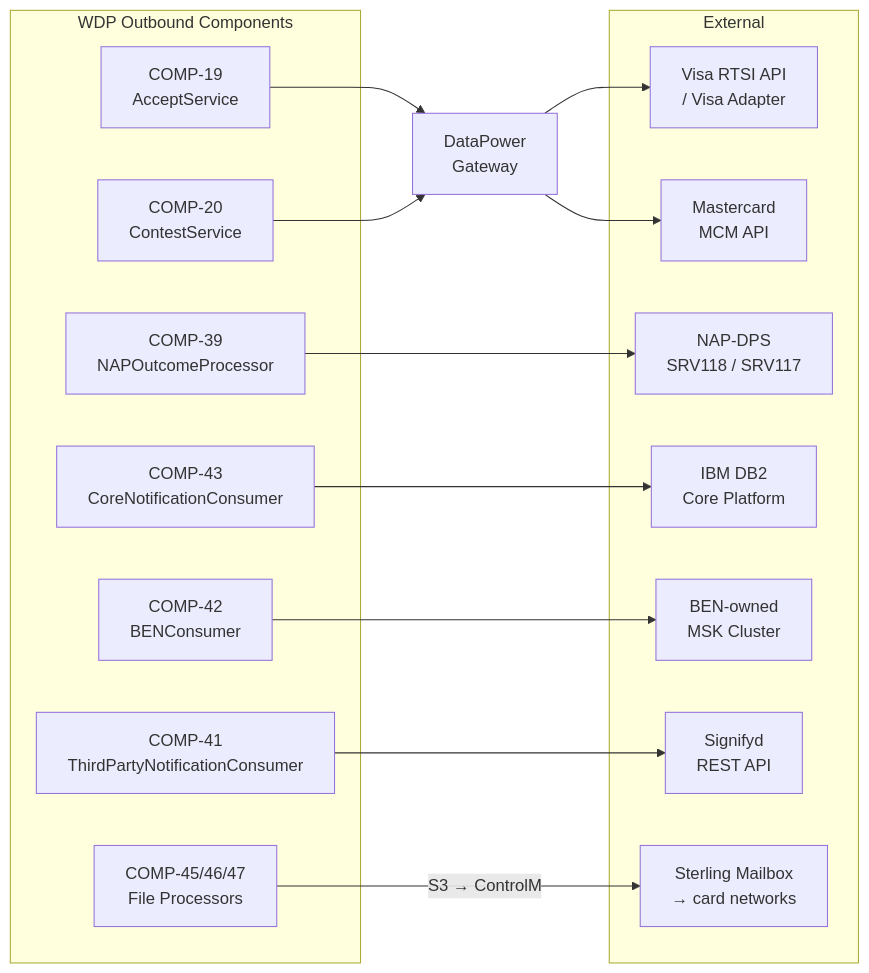
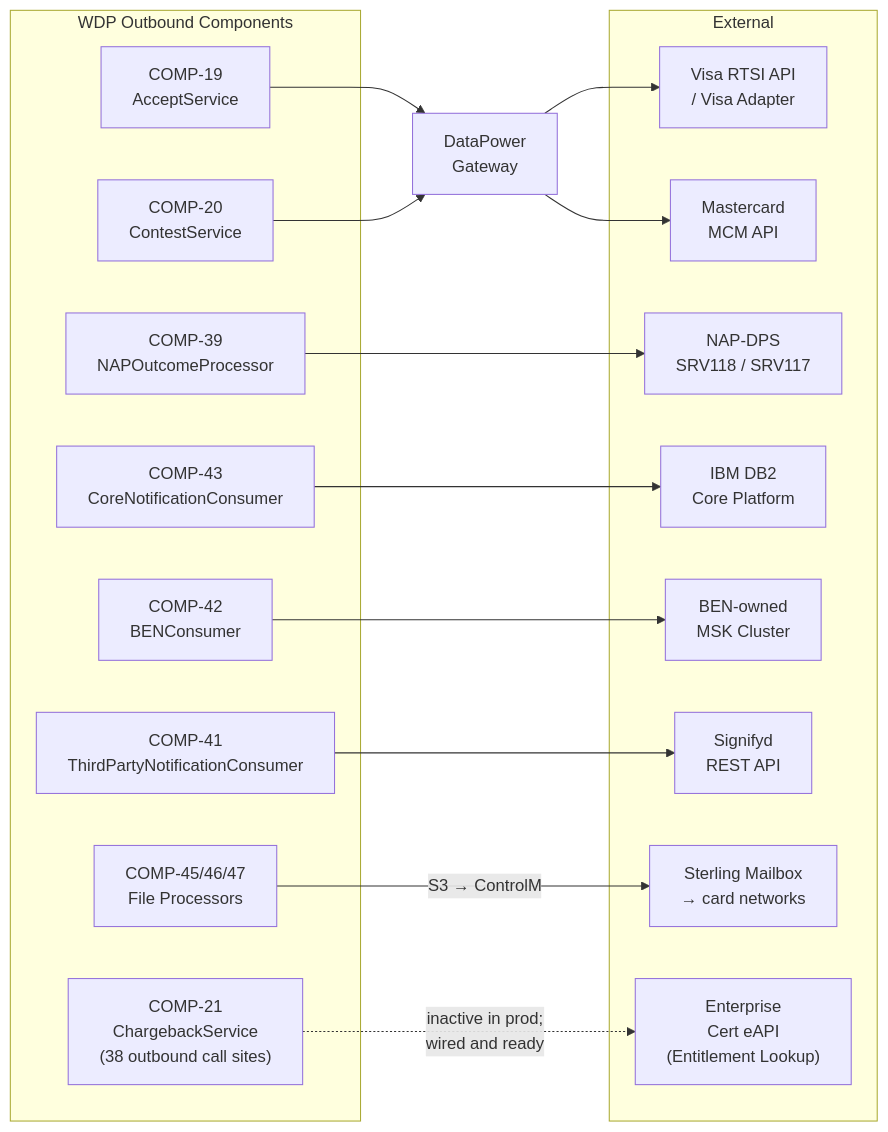
Before and after one commit to Ramas0409/DISPUTE-DOCUMENTS: the second of 2 diagrams in WDP-INTEGRATIONS.md, drawn with Mermaid. The commit also changed other lines of this file and 3 other files, not shown here.

````diff
--- a/WDP-INTEGRATIONS.md
+++ b/WDP-INTEGRATIONS.md
@@ -66,34 +62,37 @@
 ```mermaid
 flowchart LR
     subgraph WDP["WDP Outbound Components"]
-        C19["COMP-19\nAcceptService"]
-        C20["COMP-20\nContestService"]
-        C39["COMP-39\nNAPOutcomeProcessor"]
-        C42["COMP-42\nBENConsumer"]
-        C43["COMP-43\nCoreNotificationConsumer"]
-        C41["COMP-41\nThirdPartyNotificationConsumer"]
-        CF["COMP-45/46/47\nFile Processors"]
+        C19["COMP-19<br/>AcceptService"]
+        C20["COMP-20<br/>ContestService"]
+        C21["COMP-21<br/>ChargebackService<br/>(38 outbound call sites)"]
+        C39["COMP-39<br/>NAPOutcomeProcessor"]
+        C42["COMP-42<br/>BENConsumer"]
+        C43["COMP-43<br/>CoreNotificationConsumer"]
+        C41["COMP-41<br/>ThirdPartyNotificationConsumer"]
+        CF["COMP-45/46/47<br/>File Processors"]
     end
 
-    DP["DataPower\nGateway"]
+    DP["DataPower<br/>Gateway"]
 
     subgraph EXT["External"]
-        VISA["Visa RTSI API\n/ Visa Adapter"]
-        MCM["Mastercard\nMCM API"]
-        NAPD["NAP-DPS\nSRV118 / SRV117"]
-        DB2["IBM DB2\nCore Platform"]
-        BEN["BEN-owned\nMSK Cluster"]
-        SIG["Signifyd\nREST API"]
-        STR2["Sterling Mailbox\n→ card networks"]
+        VISA["Visa RTSI API<br/>/ Visa Adapter"]
+        MCM["Mastercard<br/>MCM API"]
+        NAPD["NAP-DPS<br/>SRV118 / SRV117"]
+        DB2["IBM DB2<br/>Core Platform"]
+        BEN["BEN-owned<br/>MSK Cluster"]
+        SIG["Signifyd<br/>REST API"]
+        STR2["Sterling Mailbox<br/>→ card networks"]
+        EAPI["Enterprise<br/>Cert eAPI<br/>(Entitlement Lookup)"]
     end
 
     C19 --> DP
     C20 --> DP
     DP --> VISA
     DP --> MCM
+    C21 -.->|inactive in prod;<br/>wired and ready| EAPI
     C39 --> NAPD
     C43 --> DB2
     C42 --> BEN
     C41 --> SIG
     CF -->|S3 → ControlM| STR2
 ```
````
